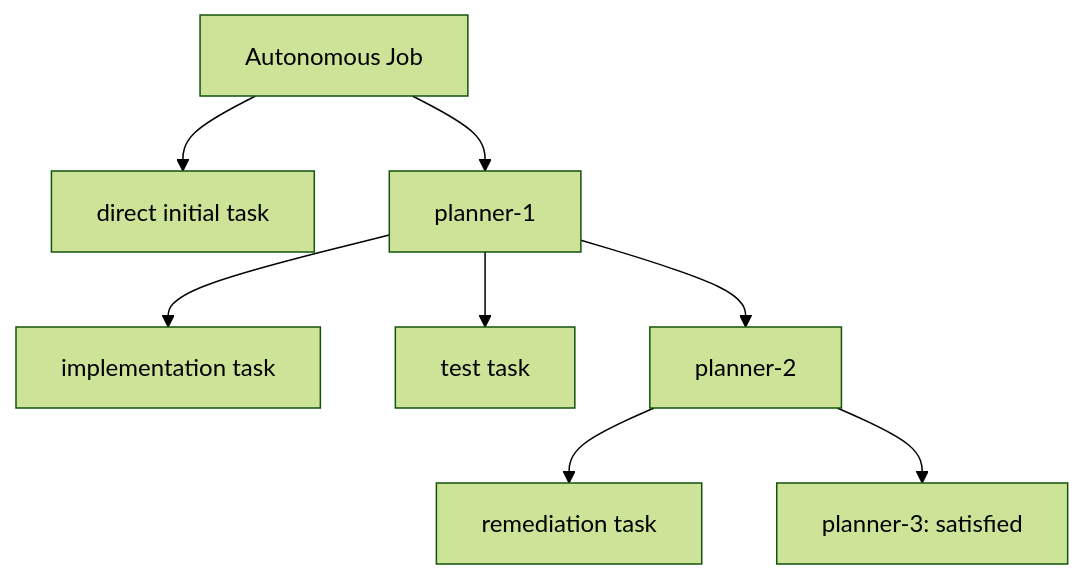
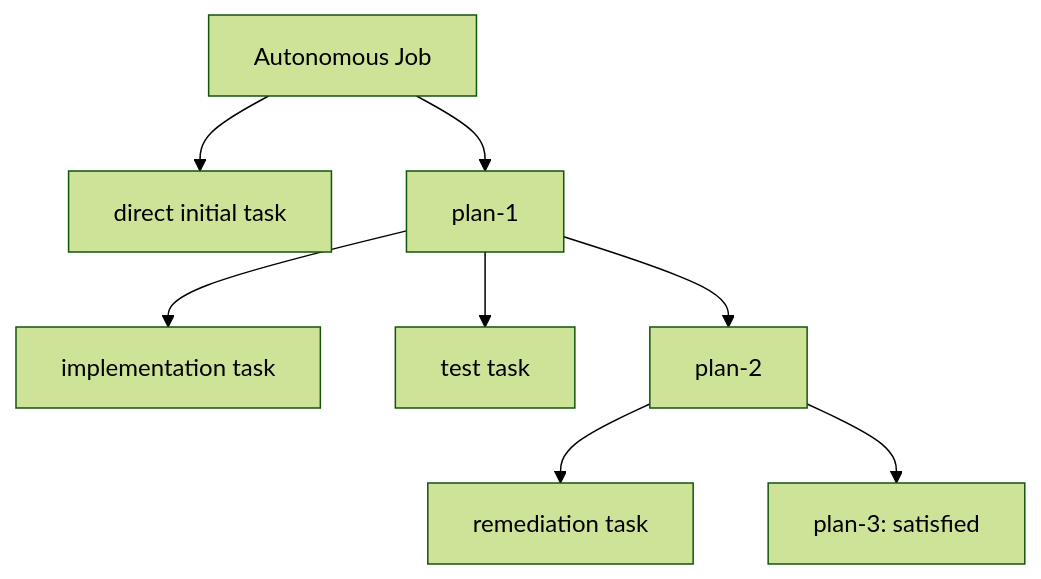
The second of 4 diagrams in docs/autonomous-objective-jobs.md (lalalic/agents-relay), drawn with Mermaid (forest theme) before and after one commit. The commit also changed other lines of this file and 14 other files, not shown here.

````diff
--- a/docs/autonomous-objective-jobs.md
+++ b/docs/autonomous-objective-jobs.md
@@ -63,10 +63,10 @@
 ```mermaid
 graph TD
     J[Autonomous Job] --> T0[direct initial task]
-    J --> P1[planner-1]
+    J --> P1[plan-1]
     P1 --> T1[implementation task]
     P1 --> T2[test task]
-    P1 --> P2[planner-2]
+    P1 --> P2[plan-2]
     P2 --> T3[remediation task]
-    P2 --> P3[planner-3: satisfied]
+    P2 --> P3[plan-3: satisfied]
 ```
````
